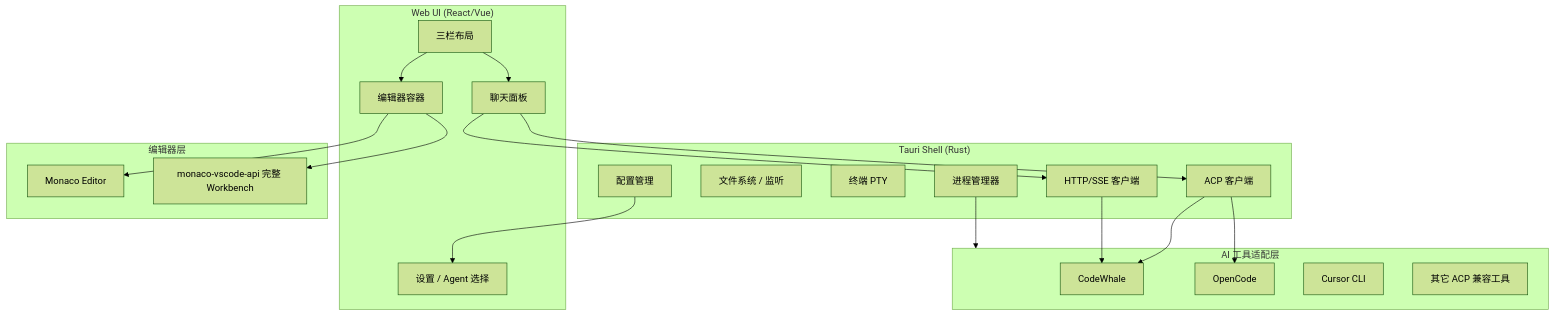
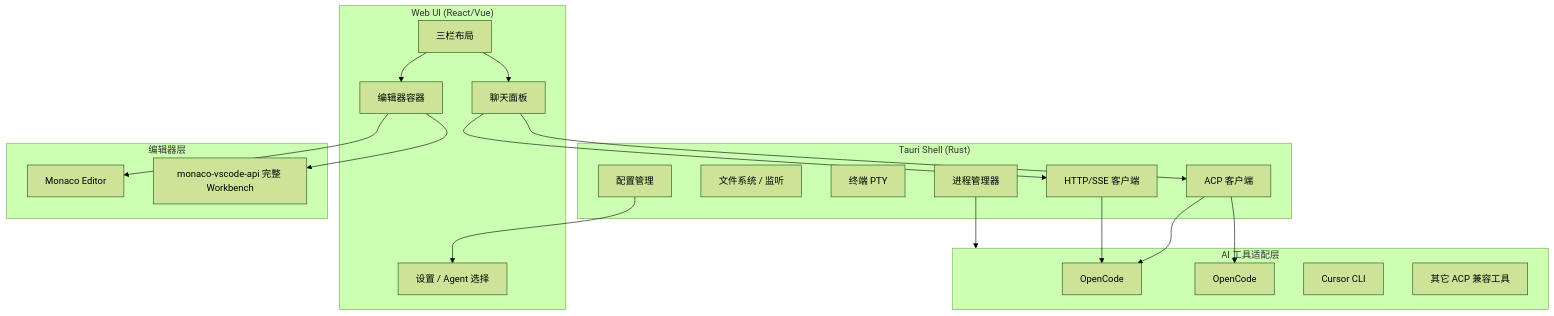
One commit to mkdevkit/xcoder changed the diagram in architecture.md. Above: the diagram before and after it, drawn with Mermaid (forest theme). The commit also changed other lines of this file and 46 other files, not shown here.

````diff
--- a/architecture.md
+++ b/architecture.md
@@ -9,42 +9,42 @@
 ```mermaid
 flowchart TB
     subgraph TauriShell["Tauri Shell (Rust)"]
         PM[进程管理器]
         FS[文件系统 / 监听]
         PTY[终端 PTY]
         CFG[配置管理]
         ACP[ACP 客户端]
         HTTP[HTTP/SSE 客户端]
     end
 
     subgraph Frontend["Web UI (React/Vue)"]
         Layout[三栏布局]
         Chat[聊天面板]
         Settings[设置 / Agent 选择]
         EditorHost[编辑器容器]
     end
 
     subgraph Editor["编辑器层"]
         MVP[Monaco Editor]
         Full[monaco-vscode-api 完整 Workbench]
     end
 
     subgraph Agents["AI 工具适配层"]
-        CW[CodeWhale]
+        CW[OpenCode]
         OC[OpenCode]
         Cursor[Cursor CLI]
         More[其它 ACP 兼容工具]
     end
 
     Layout --> Chat
     Layout --> EditorHost
     EditorHost --> MVP
     EditorHost --> Full
     Chat --> ACP
     Chat --> HTTP
     ACP --> CW
     ACP --> OC
     HTTP --> CW
     PM --> Agents
     CFG --> Settings
 ```
````
